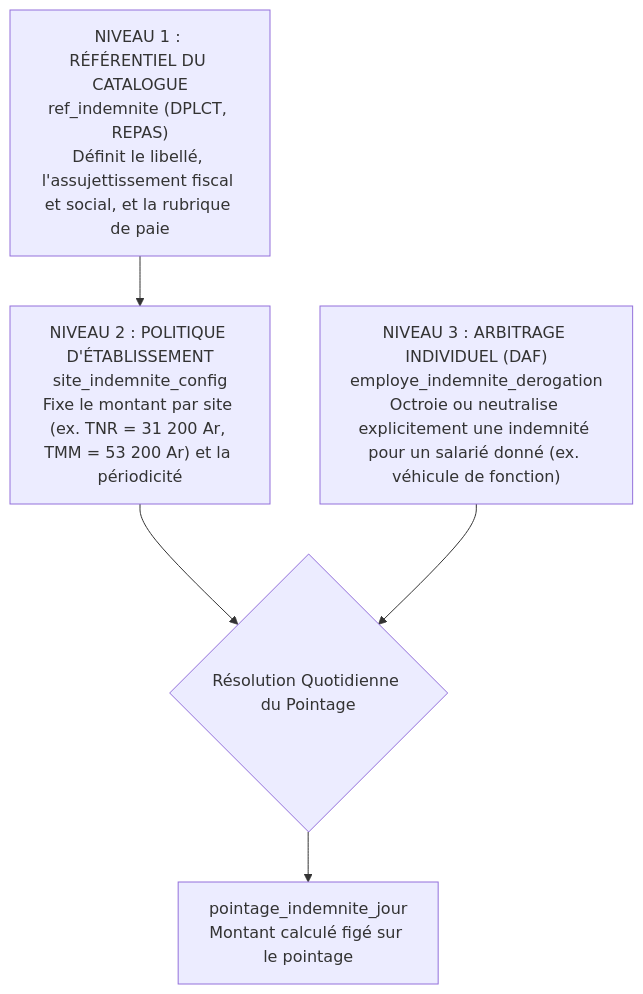
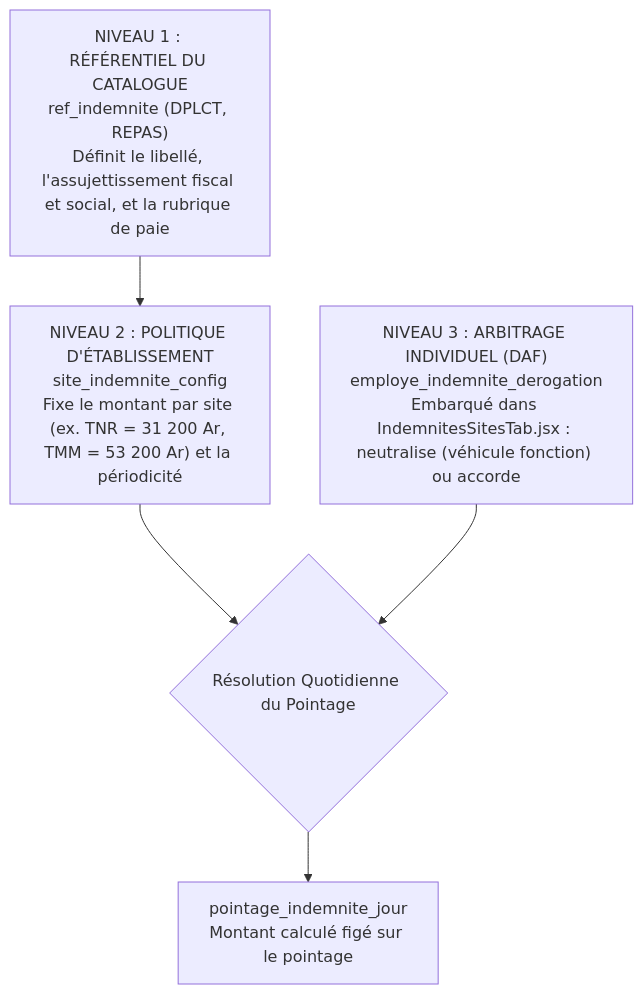
The fifth of 6 diagrams in backend/docs/boky/module-structure-organisation.md (Tnyaina/GALAXAM-SIRH), drawn with Mermaid before and after one commit. The commit also changed other lines of this file and 103 other files, not shown here.

````diff
--- a/backend/docs/boky/module-structure-organisation.md
+++ b/backend/docs/boky/module-structure-organisation.md
@@ -720,11 +675,11 @@
 ```mermaid
 graph TD
     N1["NIVEAU 1 : RÉFÉRENTIEL DU CATALOGUE<br/>ref_indemnite (DPLCT, REPAS)<br/>Définit le libellé, l'assujettissement fiscal et social, et la rubrique de paie"]
     N2["NIVEAU 2 : POLITIQUE D'ÉTABLISSEMENT<br/>site_indemnite_config<br/>Fixe le montant par site (ex. TNR = 31 200 Ar, TMM = 53 200 Ar) et la périodicité"]
-    N3["NIVEAU 3 : ARBITRAGE INDIVIDUEL (DAF)<br/>employe_indemnite_derogation<br/>Octroie ou neutralise explicitement une indemnité pour un salarié donné (ex. véhicule de fonction)"]
+    N3["NIVEAU 3 : ARBITRAGE INDIVIDUEL (DAF)<br/>employe_indemnite_derogation<br/>Embarqué dans IndemnitesSitesTab.jsx : neutralise (véhicule fonction) ou accorde"]
 
     N1 --> N2
     N2 --> RESOLUTION{"Résolution Quotidienne du Pointage"}
     N3 --> RESOLUTION
     RESOLUTION --> RESULT["pointage_indemnite_jour<br/>Montant calculé figé sur le pointage"]
 ```
````
